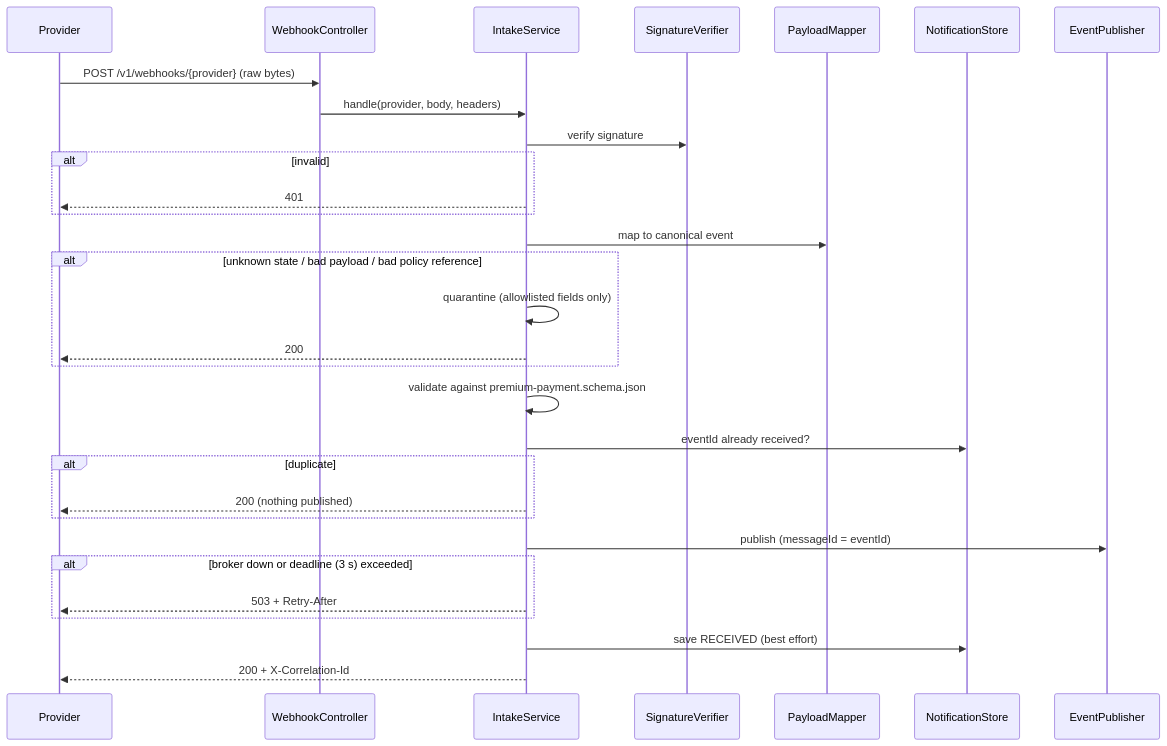
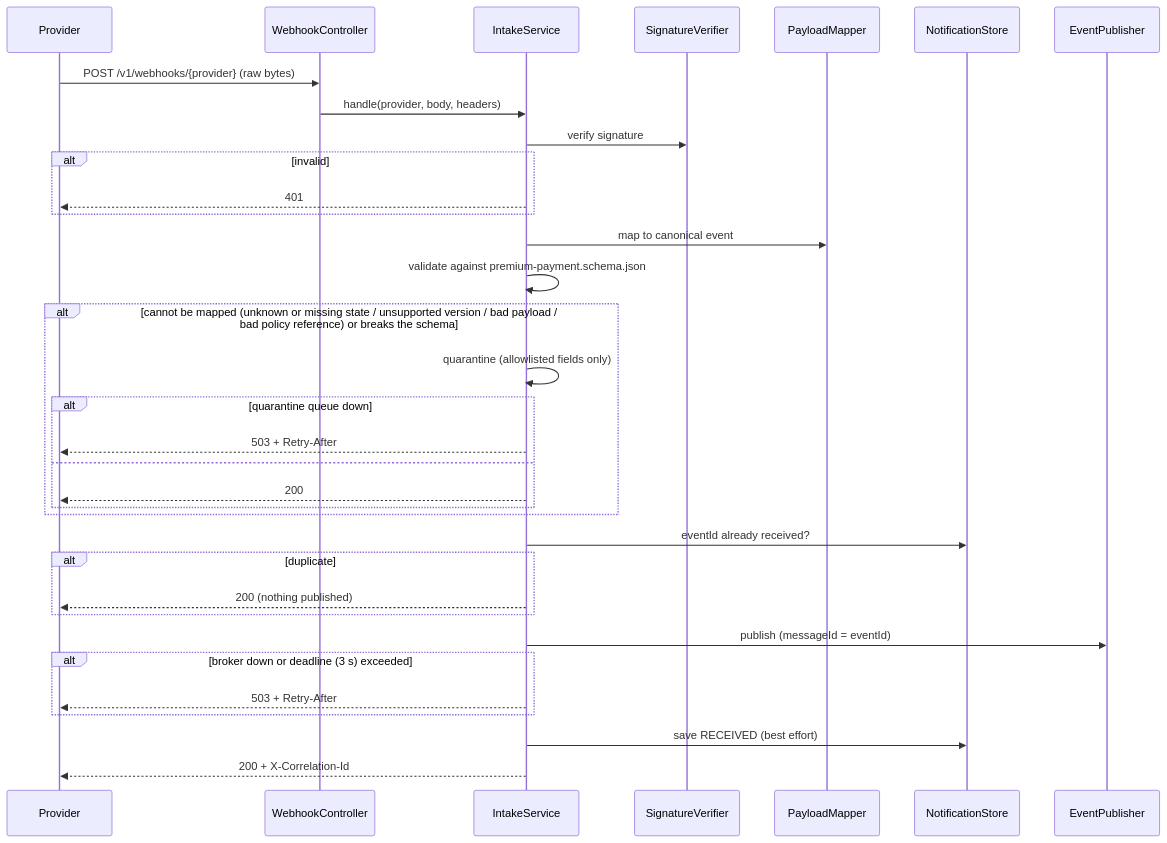
The diagram in practical/README.md (namaba18/MeridianMutual), drawn with Mermaid before and after one commit. The commit also changed other lines of this file and 17 other files, not shown here.

````diff
--- a/practical/README.md
+++ b/practical/README.md
@@ -44,33 +44,37 @@
 ```mermaid
 sequenceDiagram
     participant P as Provider
     participant C as WebhookController
     participant S as IntakeService
     participant V as SignatureVerifier
     participant M as PayloadMapper
     participant N as NotificationStore
     participant T as EventPublisher
 
     P->>C: POST /v1/webhooks/{provider} (raw bytes)
     C->>S: handle(provider, body, headers)
     S->>V: verify signature
     alt invalid
         S-->>P: 401
     end
     S->>M: map to canonical event
-    alt unknown state / bad payload / bad policy reference
+    S->>S: validate against premium-payment.schema.json
+    alt cannot be mapped (unknown or missing state / unsupported version / bad payload / bad policy reference) or breaks the schema
         S->>S: quarantine (allowlisted fields only)
-        S-->>P: 200
+        alt quarantine queue down
+            S-->>P: 503 + Retry-After
+        else
+            S-->>P: 200
+        end
     end
-    S->>S: validate against premium-payment.schema.json
     S->>N: eventId already received?
     alt duplicate
         S-->>P: 200 (nothing published)
     end
     S->>T: publish (messageId = eventId)
     alt broker down or deadline (3 s) exceeded
         S-->>P: 503 + Retry-After
     end
     S->>N: save RECEIVED (best effort)
     S-->>P: 200 + X-Correlation-Id
 ```
````
